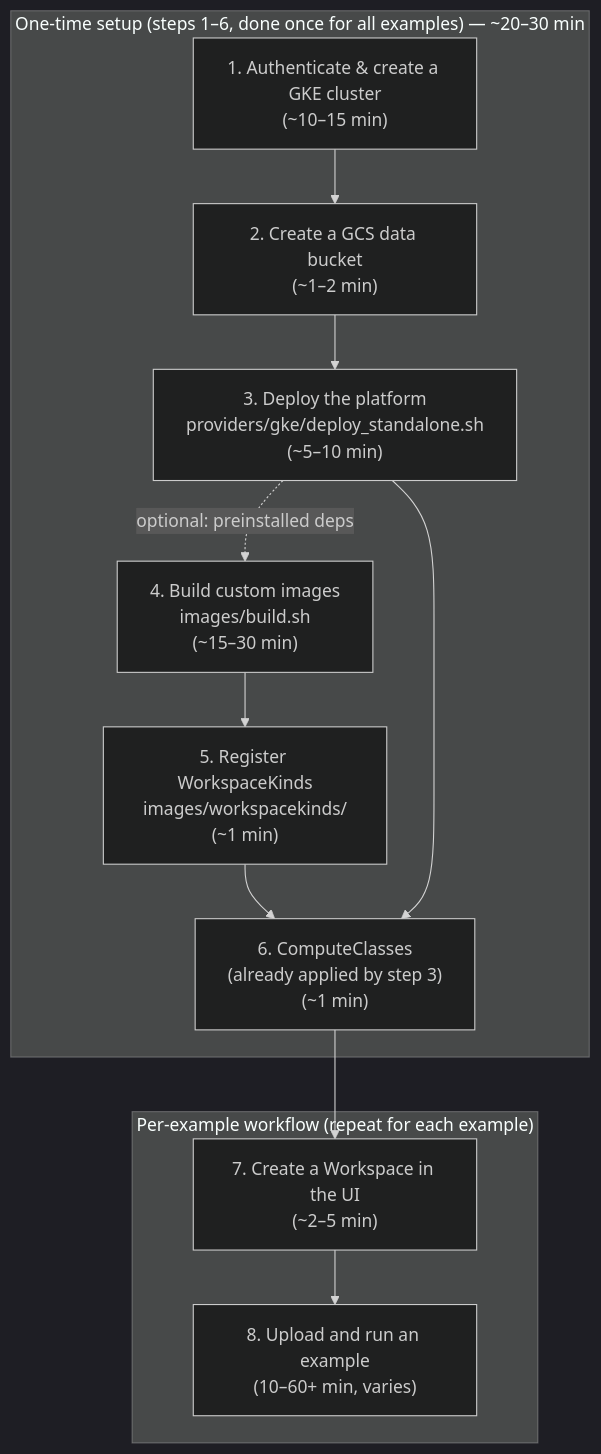
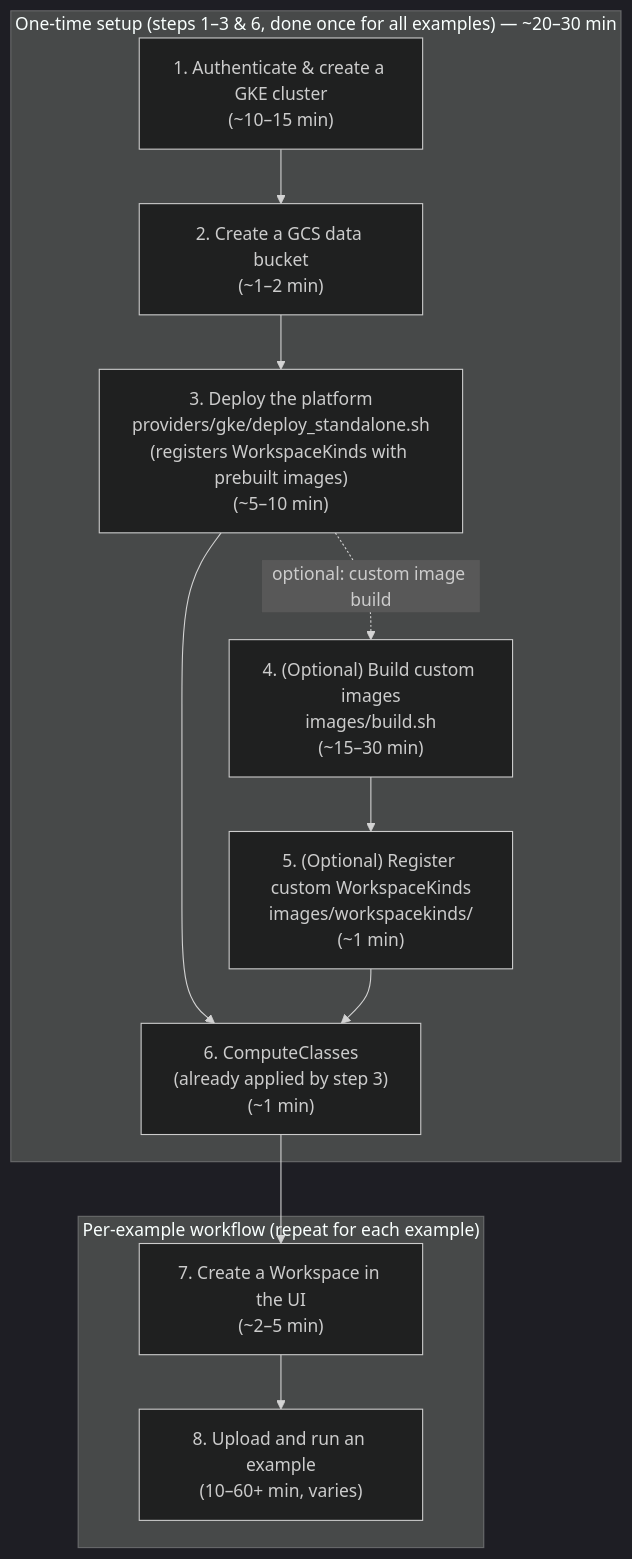
Before and after one commit to gke-labs/workspaces: the diagram in examples/README.md, drawn with Mermaid (dark theme). The commit also changed other lines of this file and 18 other files, not shown here.

First line of the commit message:
docs(examples): update documentation to use prebuilt images

````diff
--- a/examples/README.md
+++ b/examples/README.md
@@ -43,15 +45,15 @@
 ```mermaid
 flowchart TD
-    subgraph S1["One-time setup (steps 1–6, done once for all examples) — ~20–30 min"]
+    subgraph S1["One-time setup (steps 1–3 & 6, done once for all examples) — ~20–30 min"]
         A["1. Authenticate & create a GKE cluster<br/>(~10–15 min)"] --> B["2. Create a GCS data bucket<br/>(~1–2 min)"]
-        B --> C["3. Deploy the platform<br/>providers/gke/deploy_standalone.sh<br/>(~5–10 min)"]
-        C -. "optional: preinstalled deps" .-> D["4. Build custom images<br/>images/build.sh<br/>(~15–30 min)"]
-        D --> E["5. Register WorkspaceKinds<br/>images/workspacekinds/<br/>(~1 min)"]
-        E --> G["6. ComputeClasses<br/>(already applied by step 3)<br/>(~1 min)"]
-        C --> G
+        B --> C["3. Deploy the platform<br/>providers/gke/deploy_standalone.sh<br/>(registers WorkspaceKinds with prebuilt images)<br/>(~5–10 min)"]
+        C --> G["6. ComputeClasses<br/>(already applied by step 3)<br/>(~1 min)"]
+        C -. "optional: custom image build" .-> D["4. (Optional) Build custom images<br/>images/build.sh<br/>(~15–30 min)"]
+        D --> E["5. (Optional) Register custom WorkspaceKinds<br/>images/workspacekinds/<br/>(~1 min)"]
+        E --> G
     end
     subgraph S2["Per-example workflow (repeat for each example)"]
         H["7. Create a Workspace in the UI<br/>(~2–5 min)"] --> I["8. Upload and run an example<br/>(10–60+ min, varies)"]
     end
     G --> H
 ```
````
